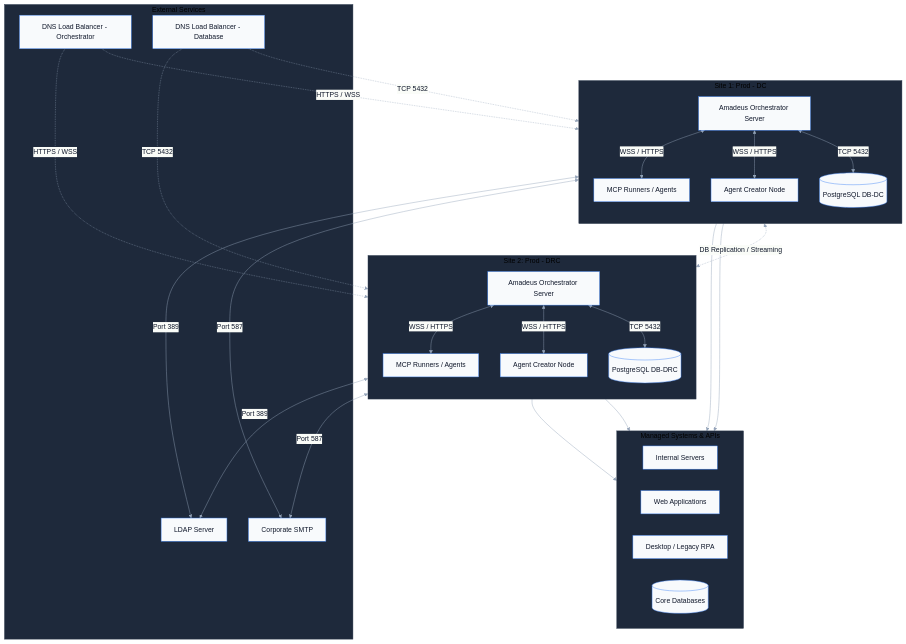
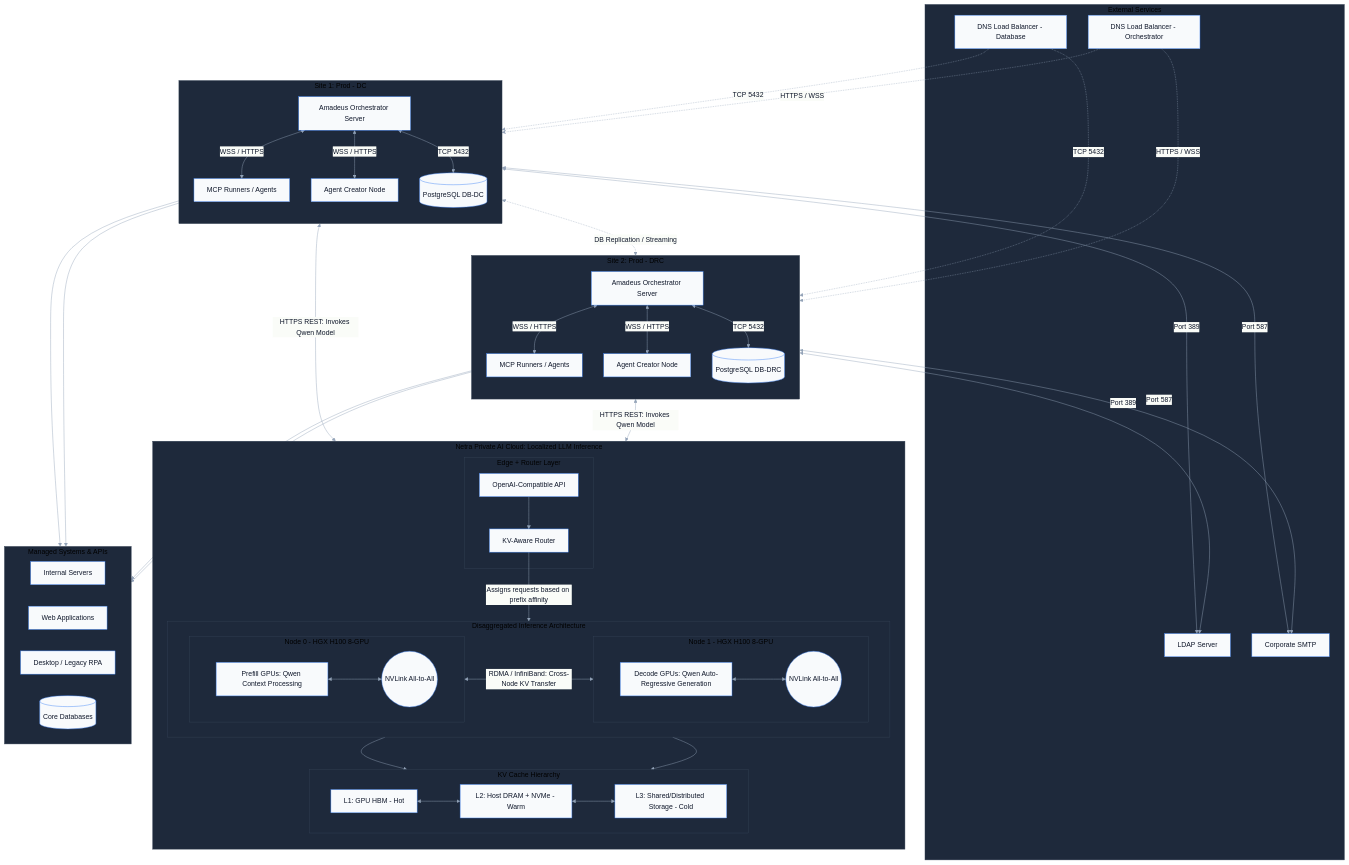
Before and after one commit to Engineering-Reality/kachponz: the third of 4 diagrams in README.md, drawn with Mermaid.

Commit message:
docs: expand infrastructure topology to include Netra HGX H100 Private AI Cloud

```diff
--- a/README.md
+++ b/README.md
@@ -146,6 +146,43 @@
         CR_DRC <-->|TCP 5432| DB_DRC
     end
 
+    subgraph NetraCloud [Netra Private AI Cloud: Localized LLM Inference]
+        direction TB
+        subgraph EdgeLayer [Edge + Router Layer]
+            NetraAPI[OpenAI-Compatible API]
+            KVRouter[KV-Aware Router]
+            NetraAPI --> KVRouter
+        end
+
+        subgraph DisaggregatedInference [Disaggregated Inference Architecture]
+            direction LR
+            subgraph Node0 [Node 0 - HGX H100 8-GPU]
+                Prefill[Prefill GPUs: Qwen Context Processing]
+                NVLink0((NVLink All-to-All))
+                Prefill <--> NVLink0
+            end
+            
+            subgraph Node1 [Node 1 - HGX H100 8-GPU]
+                Decode[Decode GPUs: Qwen Auto-Regressive Generation]
+                NVLink1((NVLink All-to-All))
+                Decode <--> NVLink1
+            end
+            
+            Node0 <-->|RDMA / InfiniBand: Cross-Node KV Transfer| Node1
+        end
+
+        subgraph KVCache [KV Cache Hierarchy]
+            L1[L1: GPU HBM - Hot]
+            L2[L2: Host DRAM + NVMe - Warm]
+            L3[L3: Shared/Distributed Storage - Cold]
+            L1 <--> L2 <--> L3
+        end
+        
+        KVRouter -->|Assigns requests based on prefix affinity| Node0
+        Node0 --> KVCache
+        Node1 --> KVCache
+    end
+
     subgraph ManagedSystems [Managed Systems & APIs]
         Server[Internal Servers]
         WebApp[Web Applications]
@@ -168,6 +205,11 @@
     CR_DRC <-->|Port 389| LDAP
     CR_DRC <-->|Port 587| SMTP
 
+    %% Amadeus to Netra LLM Connection
+    CR_DC <-->|HTTPS REST: Invokes Qwen Model| NetraAPI
+    CR_DRC <-->|HTTPS REST: Invokes Qwen Model| NetraAPI
+
+    %% Agents to Internal Tools
     Runner_DC --> ManagedSystems
     Creator_DC --> ManagedSystems
     Runner_DRC --> ManagedSystems
```
